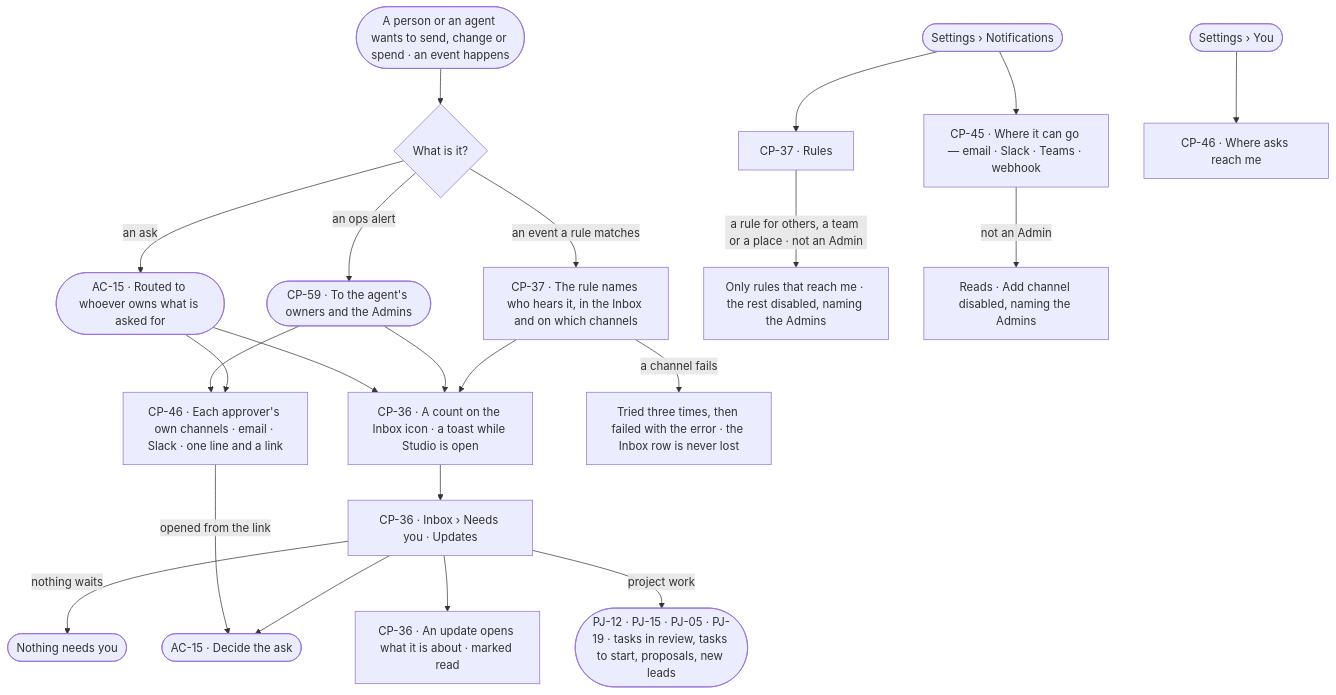
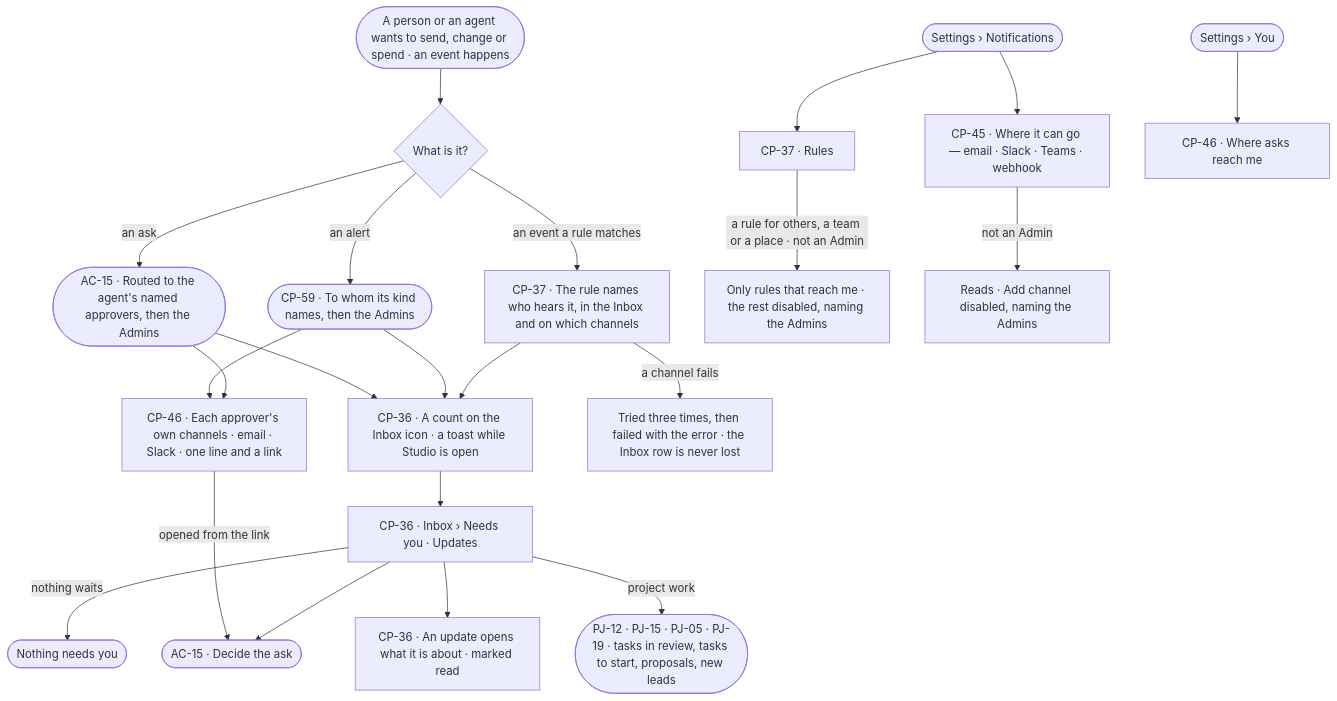
The diagram in specs/os/control/features/CP-F08-the-inbox/feature.md (invana/invana), drawn with Mermaid before and after one commit. The commit also changed other lines of this file and 300 other files, not shown here.

````diff
--- a/specs/os/control/features/CP-F08-the-inbox/feature.md
+++ b/specs/os/control/features/CP-F08-the-inbox/feature.md
@@ -24,24 +24,24 @@
 ```mermaid
 flowchart TD
   ev([A person or an agent wants to send, change or spend · an event happens]) --> kind{"What is it?"}
-  kind -->|an ask| route(["AC-15 · Routed to whoever owns what is asked for"])
+  kind -->|an ask| route(["AC-15 · Routed to the agent's named approvers, then the Admins"])
   route --> cnt["CP-36 · A count on the Inbox icon · a toast while Studio is open"]
-  kind -->|an ops alert| oa(["CP-59 · To the agent's owners and the Admins"])
+  kind -->|an alert| oa(["CP-59 · To whom its kind names, then the Admins"])
   oa --> cnt
   oa --> mine
   kind -->|an event a rule matches| rule["CP-37 · The rule names who hears it, in the Inbox and on which channels"]
   rule --> cnt
   route --> mine["CP-46 · Each approver's own channels · email · Slack · one line and a link"]
   mine -->|opened from the link| ask
   rule -->|a channel fails| retry["Tried three times, then failed with the error · the Inbox row is never lost"]
   cnt --> inbox["CP-36 · Inbox › Needs you · Updates"]
   inbox -->|nothing waits| calm(["Nothing needs you"])
   inbox --> ask(["AC-15 · Decide the ask"])
   inbox --> upd["CP-36 · An update opens what it is about · marked read"]
   inbox -->|project work| pj(["PJ-12 · PJ-15 · PJ-05 · PJ-19 · tasks in review, tasks to start, proposals, new leads"])
   set([Settings › Notifications]) --> r5["CP-37 · Rules"]
   r5 -->|a rule for others, a team or a place · not an Admin| r5ro["Only rules that reach me · the rest disabled, naming the Admins"]
   set --> chs["CP-45 · Where it can go — email · Slack · Teams · webhook"]
   chs -->|not an Admin| chro["Reads · Add channel disabled, naming the Admins"]
   me([Settings › You]) --> pref["CP-46 · Where asks reach me"]
 ```
````
